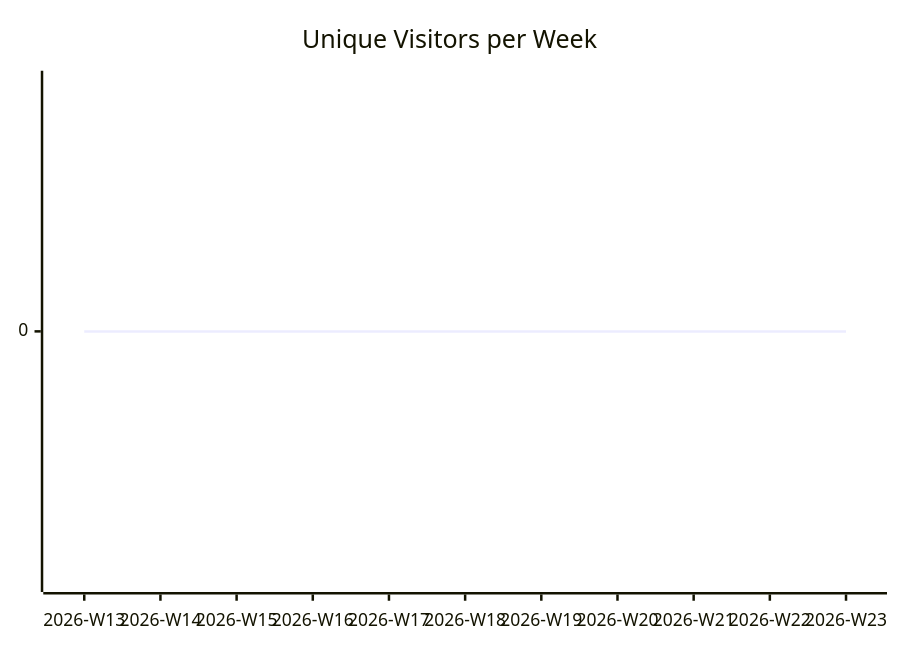
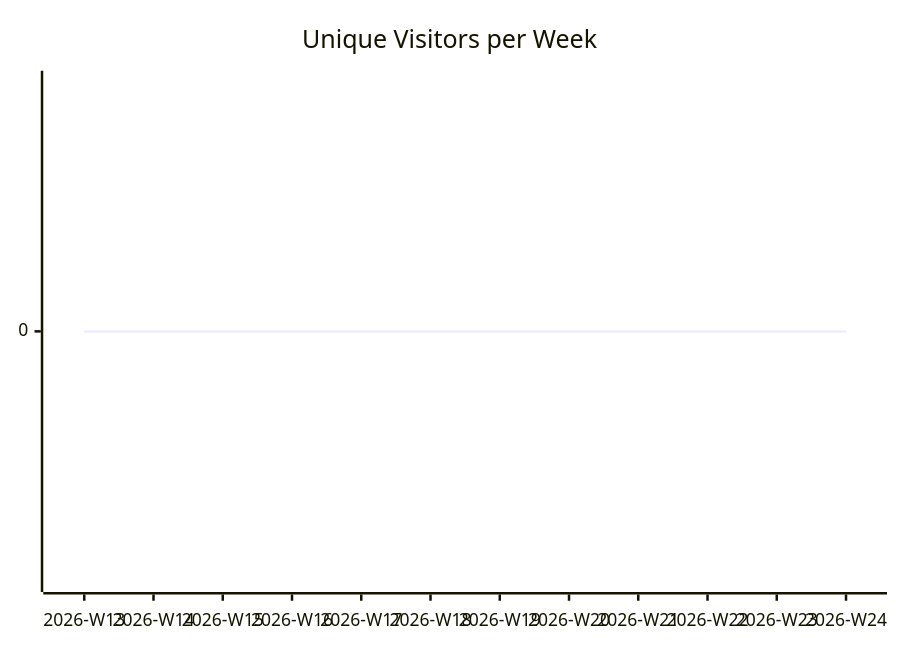
The first of 3 diagrams in karlmdavis/stockfighter-trades-solutions/README.md (justdavis-family/github-analytics-data), drawn with Mermaid before and after one commit. The commit also changed other lines of this file and 189 other files, not shown here.

````diff
--- a/karlmdavis/stockfighter-trades-solutions/README.md
+++ b/karlmdavis/stockfighter-trades-solutions/README.md
@@ -5,6 +5,6 @@
 ```mermaid
 xychart-beta
   title "Unique Visitors per Week"
-  x-axis ["2026-W13", "2026-W14", "2026-W15", "2026-W16", "2026-W17", "2026-W18", "2026-W19", "2026-W20", "2026-W21", "2026-W22", "2026-W23"]
-  line [0, 0, 0, 0, 0, 0, 0, 0, 0, 0, 0]
+  x-axis ["2026-W13", "2026-W14", "2026-W15", "2026-W16", "2026-W17", "2026-W18", "2026-W19", "2026-W20", "2026-W21", "2026-W22", "2026-W23", "2026-W24"]
+  line [0, 0, 0, 0, 0, 0, 0, 0, 0, 0, 0, 0]
 ```
````
